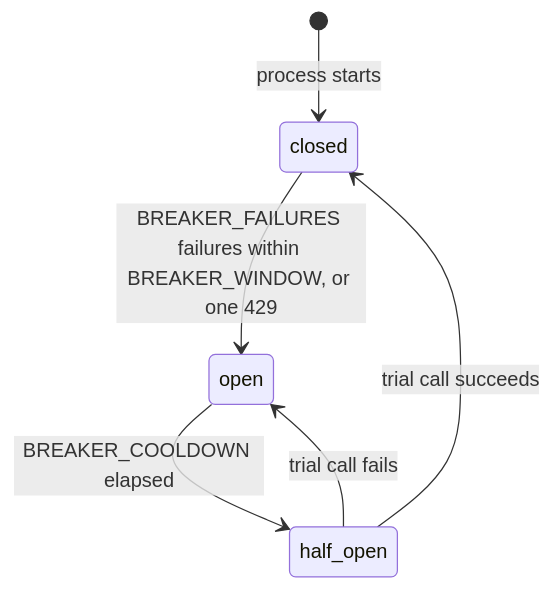
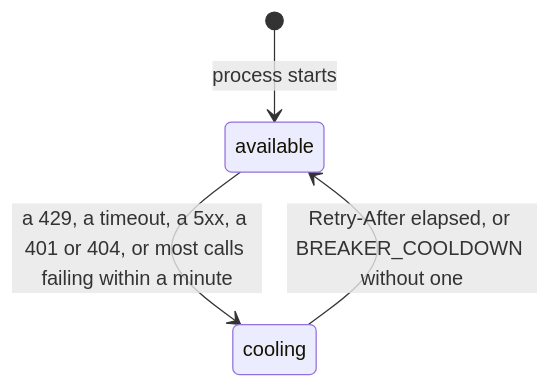
One commit to andrezorzo/zorzo-api changed the fifth of 6 diagrams in docs/lld.md. Above: the diagram before and after it, drawn with Mermaid. The commit also changed other lines of this file and 3 other files, not shown here.

````diff
--- a/docs/lld.md
+++ b/docs/lld.md
@@ -553,8 +559,6 @@
 ```mermaid
 stateDiagram-v2
-    [*] --> closed: process starts
-    closed --> open: BREAKER_FAILURES failures within BREAKER_WINDOW, or one 429
-    open --> half_open: BREAKER_COOLDOWN elapsed
-    half_open --> closed: trial call succeeds
-    half_open --> open: trial call fails
+    [*] --> available: process starts
+    available --> cooling: a 429, a timeout, a 5xx, a 401 or 404, or most calls failing within a minute
+    cooling --> available: Retry-After elapsed, or BREAKER_COOLDOWN without one
 ```
````
